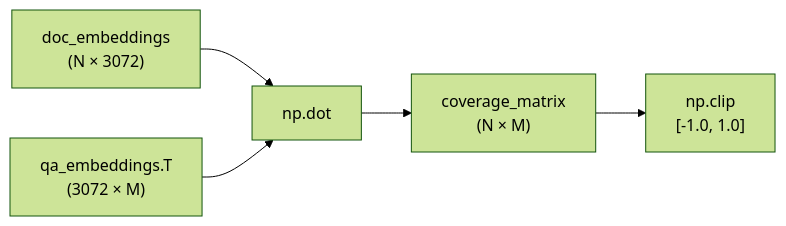
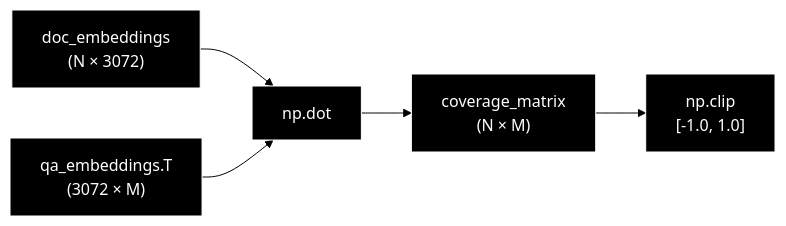
Before and after one commit to nakashima2toshio/grace_v2: the seventh of 7 diagrams in qa_generation/docs/evaluation.md, drawn with Mermaid (forest theme). The commit also changed other lines of this file and 3 other files, not shown here.

````diff
--- a/qa_generation/docs/evaluation.md
+++ b/qa_generation/docs/evaluation.md
@@ -343,7 +517,10 @@
 ```mermaid
 flowchart LR
     A["doc_embeddings<br>(N × 3072)"] --> C["np.dot"]
     B["qa_embeddings.T<br>(3072 × M)"] --> C
     C --> D["coverage_matrix<br>(N × M)"]
     D --> E["np.clip<br>[-1.0, 1.0]"]
+classDef default fill:#000,stroke:#fff,color:#fff
+classDef subgraphStyle fill:#1a1a1a,stroke:#fff,color:#fff
+class A,C,B,D default
 ```
````
